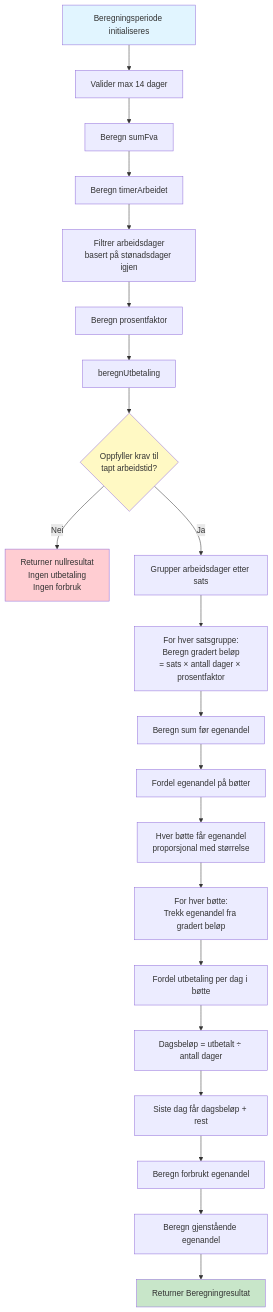
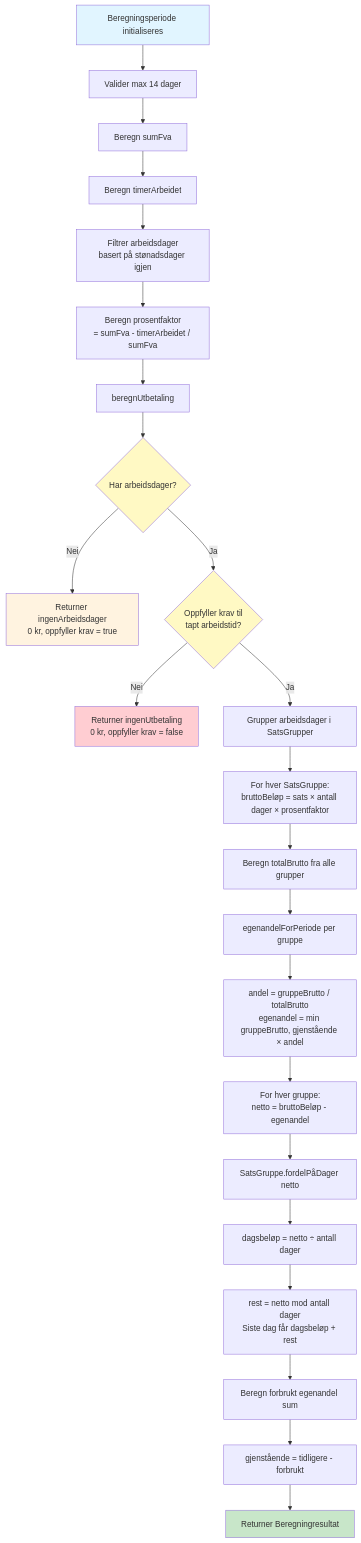
One commit to navikt/dp-behandling changed the fourth of 9 diagrams in docs/beregning-meldekort-flyt.md. Above: the diagram before and after it, drawn with Mermaid. The commit also changed other lines of this file, not shown here.

Commit message:
Endret dokumentasjon på meldekortberegning etter å ha gått bort fra navnet "bøtter" til "satsgrupper"

````diff
--- a/docs/beregning-meldekort-flyt.md
+++ b/docs/beregning-meldekort-flyt.md
@@ -170,39 +186,44 @@
 ```mermaid
 flowchart TD
     START[Beregningsperiode initialiseres] --> V1[Valider max 14 dager]
     V1 --> A[Beregn sumFva]
     A --> B[Beregn timerArbeidet]
     B --> C[Filtrer arbeidsdager<br/>basert på stønadsdager igjen]
-    C --> D[Beregn prosentfaktor]
+    C --> D[Beregn prosentfaktor<br/>= sumFva - timerArbeidet / sumFva]
     
     D --> E[beregnUtbetaling]
     
-    E --> F{Oppfyller krav til<br/>tapt arbeidstid?}
+    E --> E0{Har arbeidsdager?}
+    E0 -->|Nei| G0[Returner ingenArbeidsdager<br/>0 kr, oppfyller krav = true]
     
-    F -->|Nei| G[Returner nullresultat<br/>Ingen utbetaling<br/>Ingen forbruk]
+    E0 -->|Ja| F{Oppfyller krav til<br/>tapt arbeidstid?}
     
-    F -->|Ja| H[Grupper arbeidsdager etter sats]
+    F -->|Nei| G[Returner ingenUtbetaling<br/>0 kr, oppfyller krav = false]
     
-    H --> I[For hver satsgruppe:<br/>Beregn gradert beløp<br/>= sats × antall dager × prosentfaktor]
+    F -->|Ja| H[Grupper arbeidsdager i SatsGrupper]
     
-    I --> J[Beregn sum før egenandel]
+    H --> I[For hver SatsGruppe:<br/>bruttoBeløp = sats × antall dager × prosentfaktor]
     
-    J --> K[Fordel egenandel på bøtter]
-    K --> K1[Hver bøtte får egenandel<br/>proporsjonal med størrelse]
+    I --> J[Beregn totalBrutto fra alle grupper]
     
-    K1 --> L[For hver bøtte:<br/>Trekk egenandel fra gradert beløp]
+    J --> K[egenandelForPeriode per gruppe]
+    K --> K1[andel = gruppeBrutto / totalBrutto<br/>egenandel = min gruppeBrutto, gjenstående × andel]
     
-    L --> M[Fordel utbetaling per dag i bøtte]
-    M --> M1[Dagsbeløp = utbetalt ÷ antall dager]
-    M1 --> M2[Siste dag får dagsbeløp + rest]
+    K1 --> L[For hver gruppe:<br/>netto = bruttoBeløp - egenandel]
     
-    M2 --> N[Beregn forbrukt egenandel]
-    N --> O[Beregn gjenstående egenandel]
+    L --> M[SatsGruppe.fordelPåDager netto]
+    M --> M1[dagsbeløp = netto ÷ antall dager]
+    M1 --> M2[rest = netto mod antall dager<br/>Siste dag får dagsbeløp + rest]
+    
+    M2 --> N[Beregn forbrukt egenandel sum]
+    N --> O[gjenstående = tidligere - forbrukt]
     
     O --> P[Returner Beregningresultat]
     
     style START fill:#e1f5ff
     style P fill:#c8e6c9
     style G fill:#ffcdd2
+    style G0 fill:#fff3e0
     style F fill:#fff9c4
+    style E0 fill:#fff9c4
 ```
````
